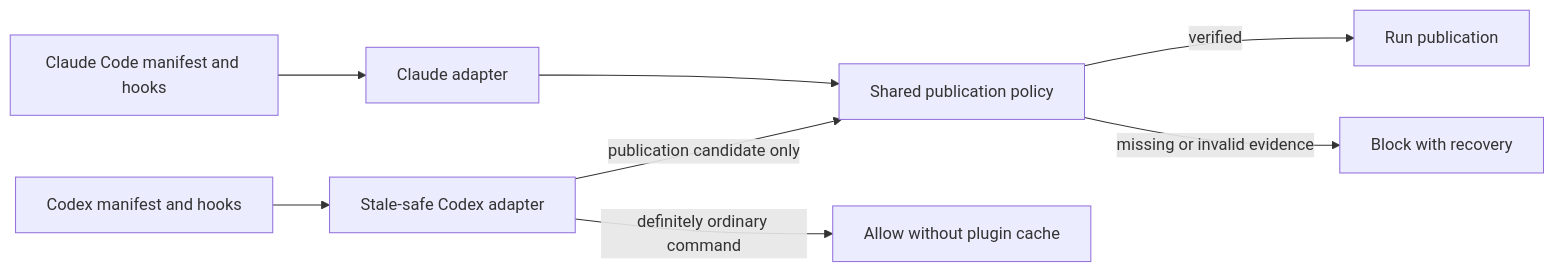
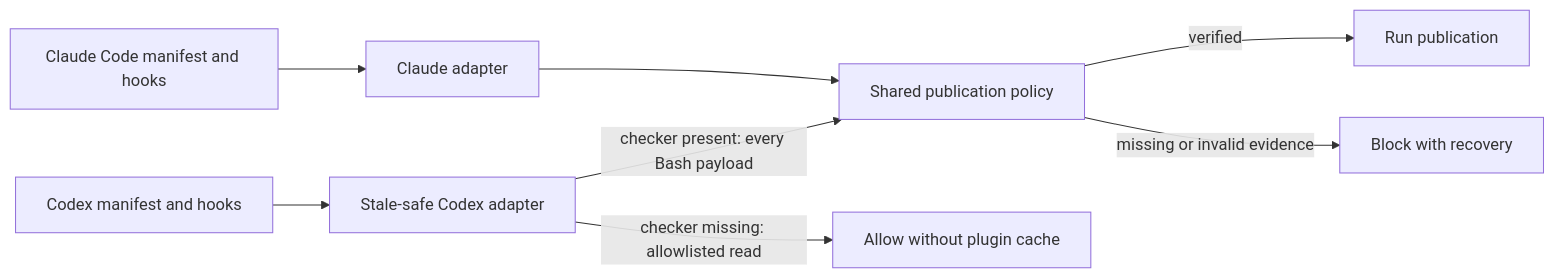
Before and after one commit to kouko/monkey-skills: the diagram in docs/loom/2026-09-09-cross-host-plugin-contracts/spec.md, drawn with Mermaid. The commit also changed other lines of this file, not shown here.

First line of the commit message:
docs(loom): clarify stale-cache recovery boundary

````diff
--- a/docs/loom/2026-09-09-cross-host-plugin-contracts/spec.md
+++ b/docs/loom/2026-09-09-cross-host-plugin-contracts/spec.md
@@ -51,10 +51,10 @@
 ```mermaid
 flowchart LR
     C[Claude Code manifest and hooks] --> CA[Claude adapter]
     X[Codex manifest and hooks] --> XA[Stale-safe Codex adapter]
     CA --> P[Shared publication policy]
-    XA -->|publication candidate only| P
-    XA -->|definitely ordinary command| A[Allow without plugin cache]
+    XA -->|checker present: every Bash payload| P
+    XA -->|checker missing: allowlisted read| A[Allow without plugin cache]
     P -->|verified| R[Run publication]
     P -->|missing or invalid evidence| B[Block with recovery]
 ```
````
